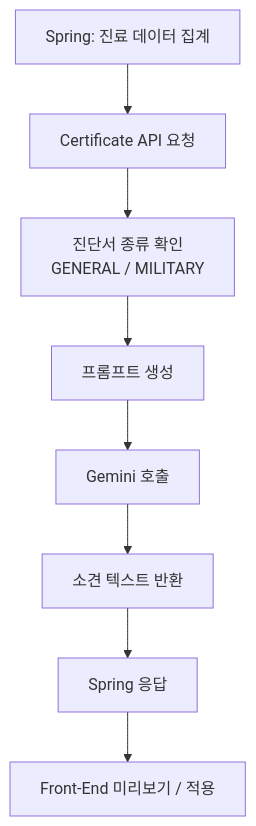
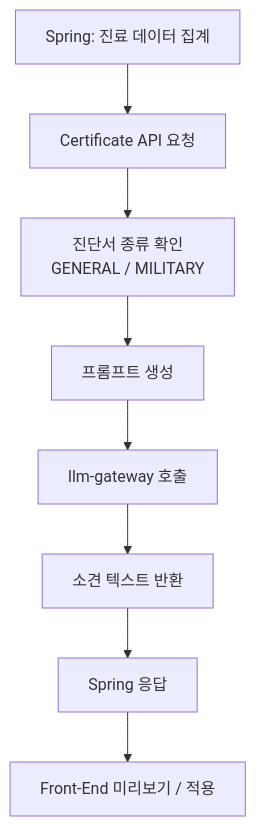
The fourth of 7 diagrams in Docs/04-ai-services-and-agents.md (kjbddo/bitcomputer-emr), drawn with Mermaid before and after one commit. The commit also changed other lines of this file and 11 other files, not shown here.

````diff
--- a/Docs/04-ai-services-and-agents.md
+++ b/Docs/04-ai-services-and-agents.md
@@ -206,10 +219,10 @@
 ```mermaid
 flowchart TD
   A[Spring: 진료 데이터 집계] --> B[Certificate API 요청]
   B --> C[진단서 종류 확인<br/>GENERAL / MILITARY]
   C --> D[프롬프트 생성]
-  D --> E[Gemini 호출]
+  D --> E[llm-gateway 호출]
   E --> F[소견 텍스트 반환]
   F --> G[Spring 응답]
   G --> H[Front-End 미리보기 / 적용]
 ```
````
